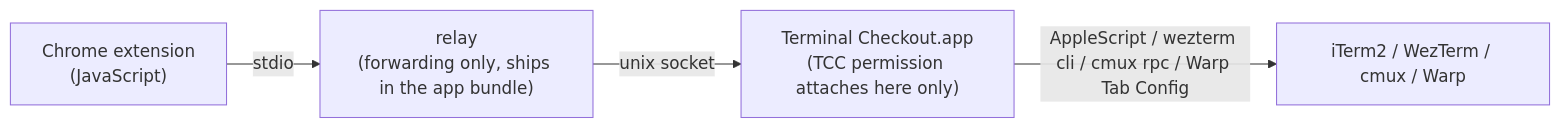
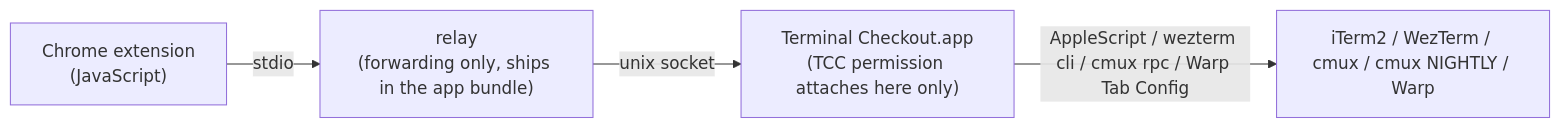
Before and after one commit to dazebug/terminal-checkout: the diagram in README.md, drawn with Mermaid. The commit also changed other lines of this file and 15 other files, not shown here.

````diff
--- a/README.md
+++ b/README.md
@@ -24,6 +24,6 @@
 ```mermaid
 flowchart LR
     EXT["Chrome extension<br>(JavaScript)"] -->|stdio| RELAY["relay<br>(forwarding only, ships in the app bundle)"]
     RELAY -->|unix socket| APP["Terminal Checkout.app<br>(TCC permission attaches here only)"]
-    APP -->|"AppleScript / wezterm cli / cmux rpc / Warp Tab Config"| TERM["iTerm2 / WezTerm / cmux / Warp"]
+    APP -->|"AppleScript / wezterm cli / cmux rpc / Warp Tab Config"| TERM["iTerm2 / WezTerm / cmux / cmux NIGHTLY / Warp"]
 ```
````
